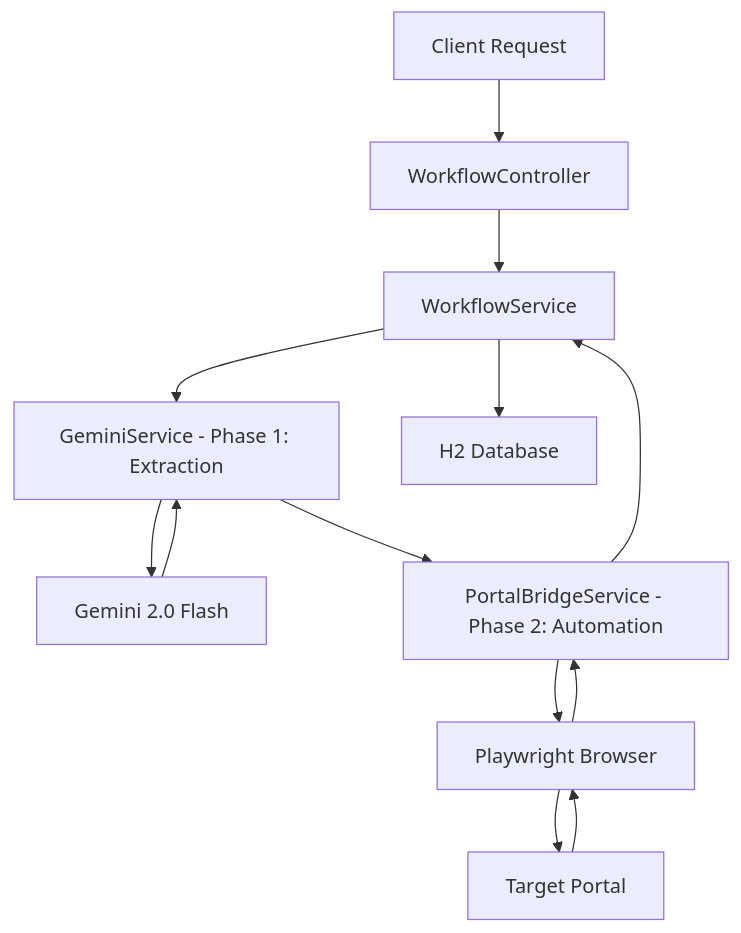
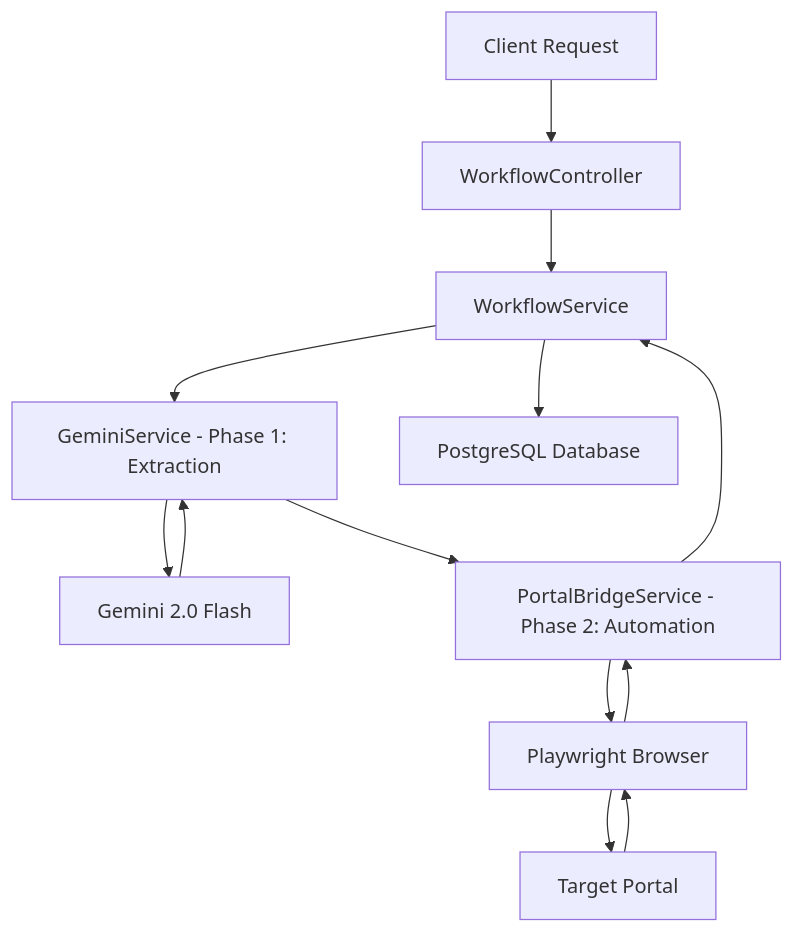
The diagram in README.md (jauharxlr/AiLytics), drawn with Mermaid before and after one commit. The commit also changed other lines of this file and 2 other files, not shown here.

Commit message:
chore: convert configuration to application.yml and update documentation

````diff
--- a/README.md
+++ b/README.md
@@ -16,15 +16,15 @@
 ```mermaid
 graph TD
     A[Client Request] --> B[WorkflowController]
     B --> C[WorkflowService]
     C --> D[GeminiService - Phase 1: Extraction]
     D --> E[Gemini 2.0 Flash]
     E --> D
     D --> F[PortalBridgeService - Phase 2: Automation]
     F --> G[Playwright Browser]
     G --> H[Target Portal]
     H --> G
     G --> F
     F --> C
-    C --> I[H2 Database]
+    C --> I[PostgreSQL Database]
 ```
````
